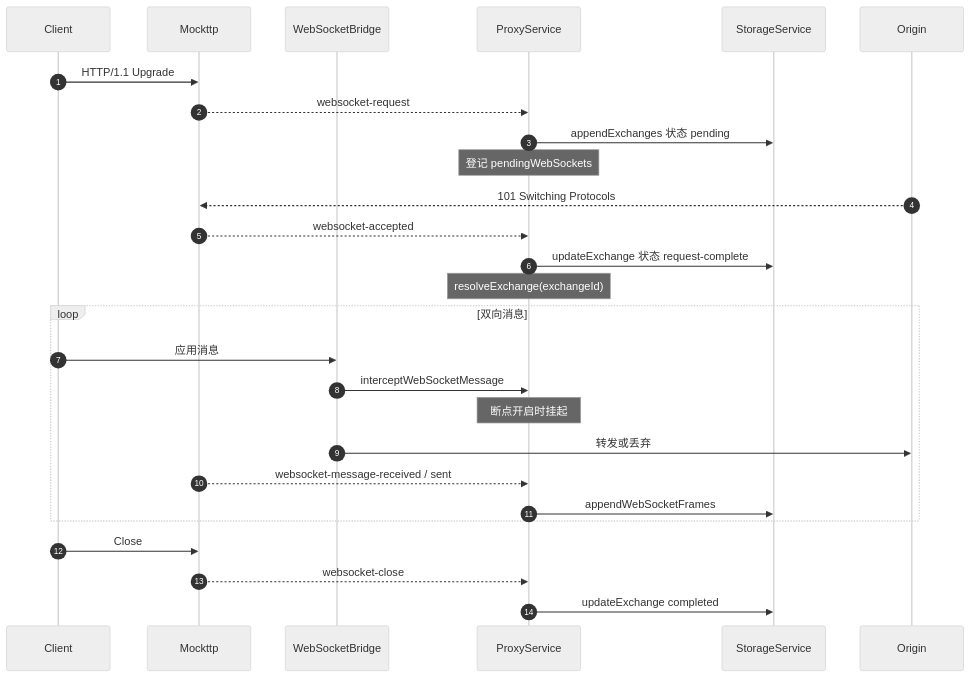
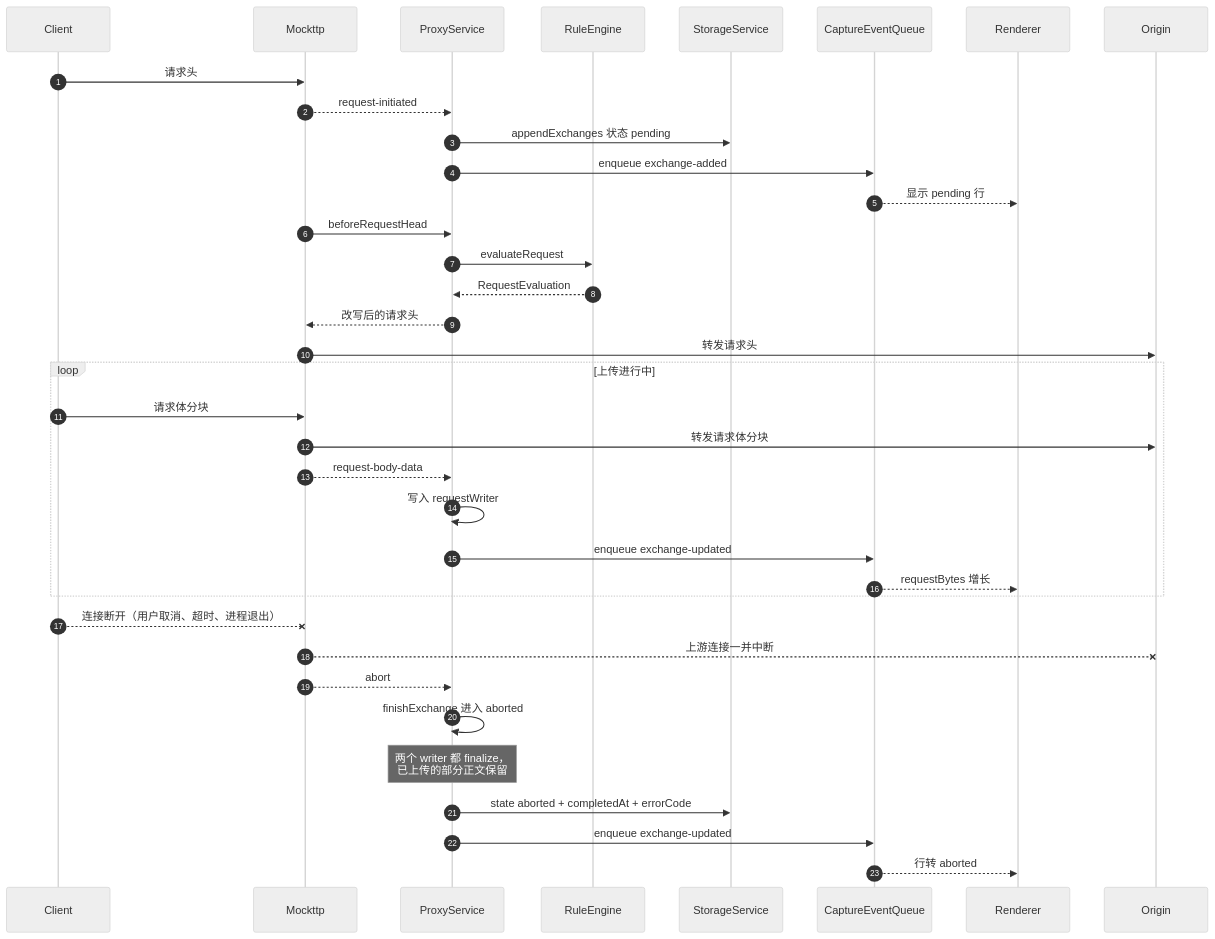
Before and after one commit to zhxmt-xm/Interceptor: the sixth of 13 diagrams in architecture/feature-capture.md, drawn with Mermaid (neutral theme). The commit also changed other lines of this file and 28 other files, not shown here.

First line of the commit message:
fix(capture): 修复正文与 WebSocket 三处收尾缺陷，放宽正文阈值

````diff
--- a/architecture/feature-capture.md
+++ b/architecture/feature-capture.md
@@ -341,33 +599,43 @@
 ```mermaid
 sequenceDiagram
     autonumber
     participant Client
     participant Mockttp
-    participant Bridge as WebSocketBridge
     participant Proxy as ProxyService
+    participant Rules as RuleEngine
     participant Storage as StorageService
+    participant Queue as CaptureEventQueue
+    participant UI as Renderer
     participant Origin
 
-    Client->>Mockttp: HTTP/1.1 Upgrade
-    Mockttp-->>Proxy: websocket-request
+    Client->>Mockttp: 请求头
+    Mockttp-->>Proxy: request-initiated
     Proxy->>Storage: appendExchanges 状态 pending
-    Note over Proxy: 登记 pendingWebSockets
+    Proxy->>Queue: enqueue exchange-added
+    Queue-->>UI: 显示 pending 行
 
-    Origin-->>Mockttp: 101 Switching Protocols
-    Mockttp-->>Proxy: websocket-accepted
-    Proxy->>Storage: updateExchange 状态 request-complete
-    Note over Proxy: resolveExchange(exchangeId)
+    Mockttp->>Proxy: beforeRequestHead
+    Proxy->>Rules: evaluateRequest
+    Rules-->>Proxy: RequestEvaluation
+    Proxy-->>Mockttp: 改写后的请求头
+    Mockttp->>Origin: 转发请求头
 
-    loop 双向消息
-        Client->>Bridge: 应用消息
-        Bridge->>Proxy: interceptWebSocketMessage
-        Note over Proxy: 断点开启时挂起
-        Bridge->>Origin: 转发或丢弃
-        Mockttp-->>Proxy: websocket-message-received / sent
-        Proxy->>Storage: appendWebSocketFrames
+    loop 上传进行中
+        Client->>Mockttp: 请求体分块
+        Mockttp->>Origin: 转发请求体分块
+        Mockttp-->>Proxy: request-body-data
+        Proxy->>Proxy: 写入 requestWriter
+        Proxy->>Queue: enqueue exchange-updated
+        Queue-->>UI: requestBytes 增长
     end
 
-    Client->>Mockttp: Close
-    Mockttp-->>Proxy: websocket-close
-    Proxy->>Storage: updateExchange completed
+    Client--xMockttp: 连接断开（用户取消、超时、进程退出）
+    Mockttp--xOrigin: 上游连接一并中断
+    Mockttp-->>Proxy: abort
+
+    Proxy->>Proxy: finishExchange 进入 aborted
+    Note over Proxy: 两个 writer 都 finalize，<br/>已上传的部分正文保留
+    Proxy->>Storage: state aborted + completedAt + errorCode
+    Proxy->>Queue: enqueue exchange-updated
+    Queue-->>UI: 行转 aborted
 ```
````
